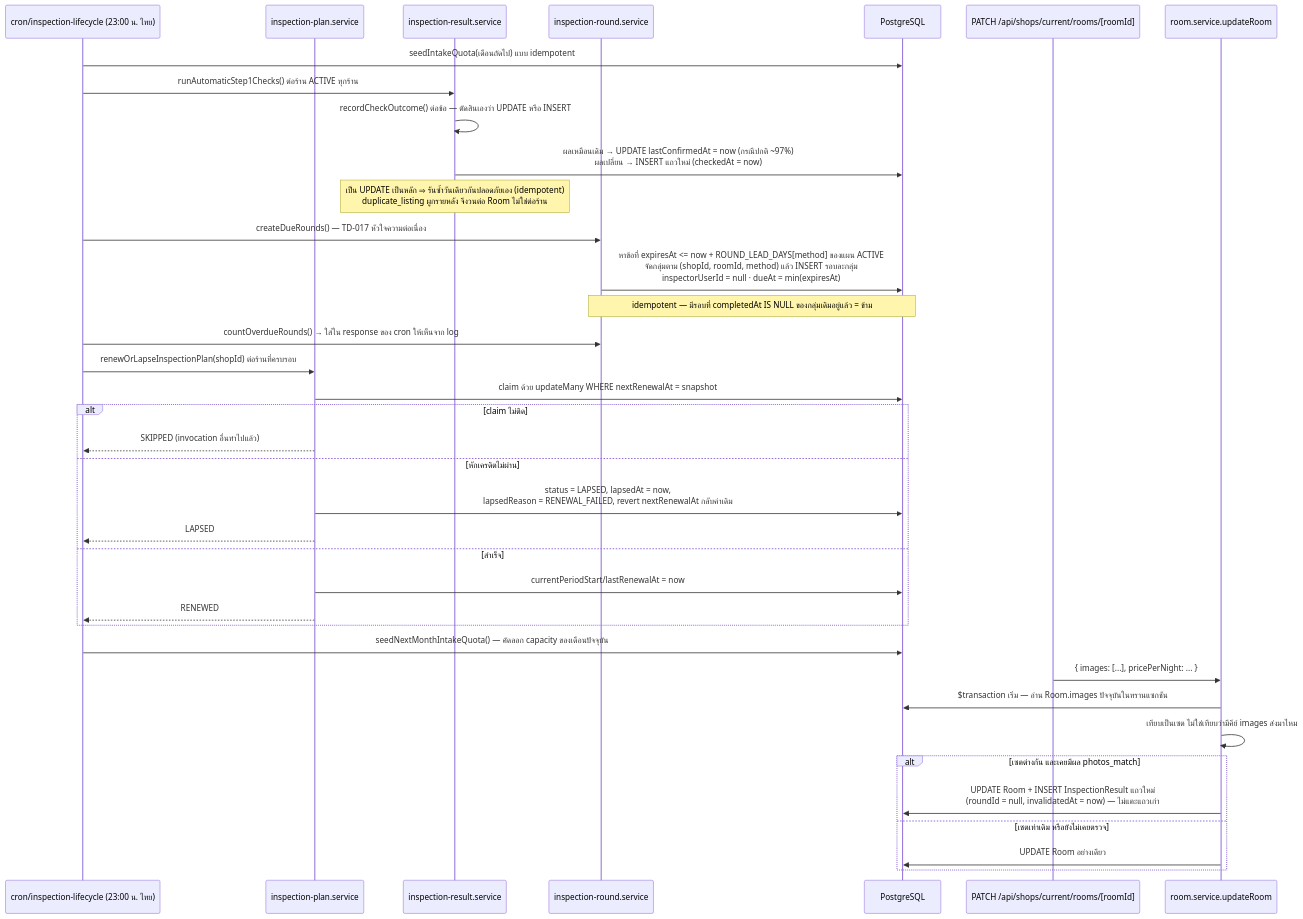
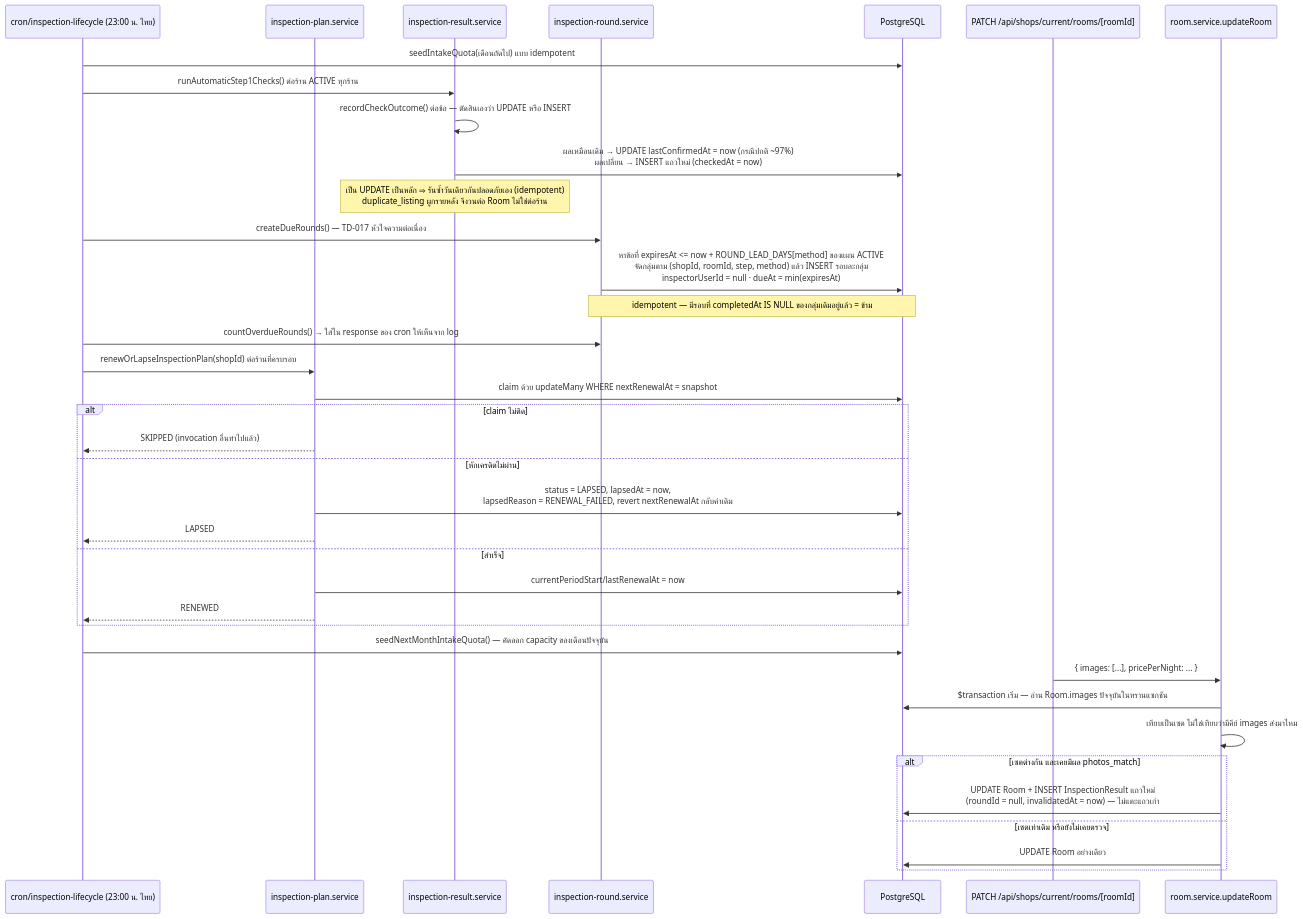
The fourth of 5 diagrams in docs/20 - Features/00060 - Shop Inspection Plan/SDS.md (CodeCooLTH/deep-web), drawn with Mermaid before and after one commit. The commit also changed other lines of this file and 5 other files, not shown here.

````diff
--- a/docs/20 - Features/00060 - Shop Inspection Plan/SDS.md
+++ b/docs/20 - Features/00060 - Shop Inspection Plan/SDS.md
@@ -269,41 +269,41 @@
 ```mermaid
 sequenceDiagram
     participant C as cron/inspection-lifecycle (23:00 น. ไทย)
     participant P as inspection-plan.service
     participant RS as inspection-result.service
     participant RD as inspection-round.service
     participant DB as PostgreSQL
     participant Room as PATCH /api/shops/current/rooms/[roomId]
     participant RM as room.service.updateRoom
 
     C->>DB: seedIntakeQuota(เดือนถัดไป) แบบ idempotent
     C->>RS: runAutomaticStep1Checks() ต่อร้าน ACTIVE ทุกร้าน
     RS->>RS: recordCheckOutcome() ต่อข้อ — ตัดสินเองว่า UPDATE หรือ INSERT
     RS->>DB: ผลเหมือนเดิม → UPDATE lastConfirmedAt = now (กรณีปกติ ~97%)<br/>ผลเปลี่ยน → INSERT แถวใหม่ (checkedAt = now)
     Note over RS: เป็น UPDATE เป็นหลัก ⇒ รันซ้ำวันเดียวกันปลอดภัยเอง (idempotent)<br/>duplicate_listing ผูกรายหลัง จึงวนต่อ Room ไม่ใช่ต่อร้าน
     C->>RD: createDueRounds() — TD-017 หัวใจความต่อเนื่อง
-    RD->>DB: หาข้อที่ expiresAt <= now + ROUND_LEAD_DAYS[method] ของแผน ACTIVE<br/>จัดกลุ่มตาม (shopId, roomId, method) แล้ว INSERT รอบละกลุ่ม<br/>inspectorUserId = null · dueAt = min(expiresAt)
+    RD->>DB: หาข้อที่ expiresAt <= now + ROUND_LEAD_DAYS[method] ของแผน ACTIVE<br/>จัดกลุ่มตาม (shopId, roomId, step, method) แล้ว INSERT รอบละกลุ่ม<br/>inspectorUserId = null · dueAt = min(expiresAt)
     Note over RD,DB: idempotent — มีรอบที่ completedAt IS NULL ของกลุ่มเดิมอยู่แล้ว = ข้าม
     C->>RD: countOverdueRounds() → ใส่ใน response ของ cron ให้เห็นจาก log
     C->>P: renewOrLapseInspectionPlan(shopId) ต่อร้านที่ครบรอบ
     P->>DB: claim ด้วย updateMany WHERE nextRenewalAt = snapshot
     alt claim ไม่ติด
         P-->>C: SKIPPED (invocation อื่นทำไปแล้ว)
     else หักเครดิตไม่ผ่าน
         P->>DB: status = LAPSED, lapsedAt = now,<br/>lapsedReason = RENEWAL_FAILED, revert nextRenewalAt กลับค่าเดิม
         P-->>C: LAPSED
     else สำเร็จ
         P->>DB: currentPeriodStart/lastRenewalAt = now
         P-->>C: RENEWED
     end
     C->>DB: seedNextMonthIntakeQuota() — คัดลอก capacity ของเดือนปัจจุบัน
 
     Room->>RM: { images: [...], pricePerNight: ... }
     RM->>DB: $transaction เริ่ม — อ่าน Room.images ปัจจุบันในทรานแซกชัน
     RM->>RM: เทียบเป็นเซต ไม่ใช่เทียบว่ามีคีย์ images ส่งมาไหม
     alt เซตต่างกัน และเคยมีผล photos_match
         RM->>DB: UPDATE Room + INSERT InspectionResult แถวใหม่<br/>(roundId = null, invalidatedAt = now) — ไม่แตะแถวเก่า
     else เซตเท่าเดิม หรือยังไม่เคยตรวจ
         RM->>DB: UPDATE Room อย่างเดียว
     end
 ```
````
